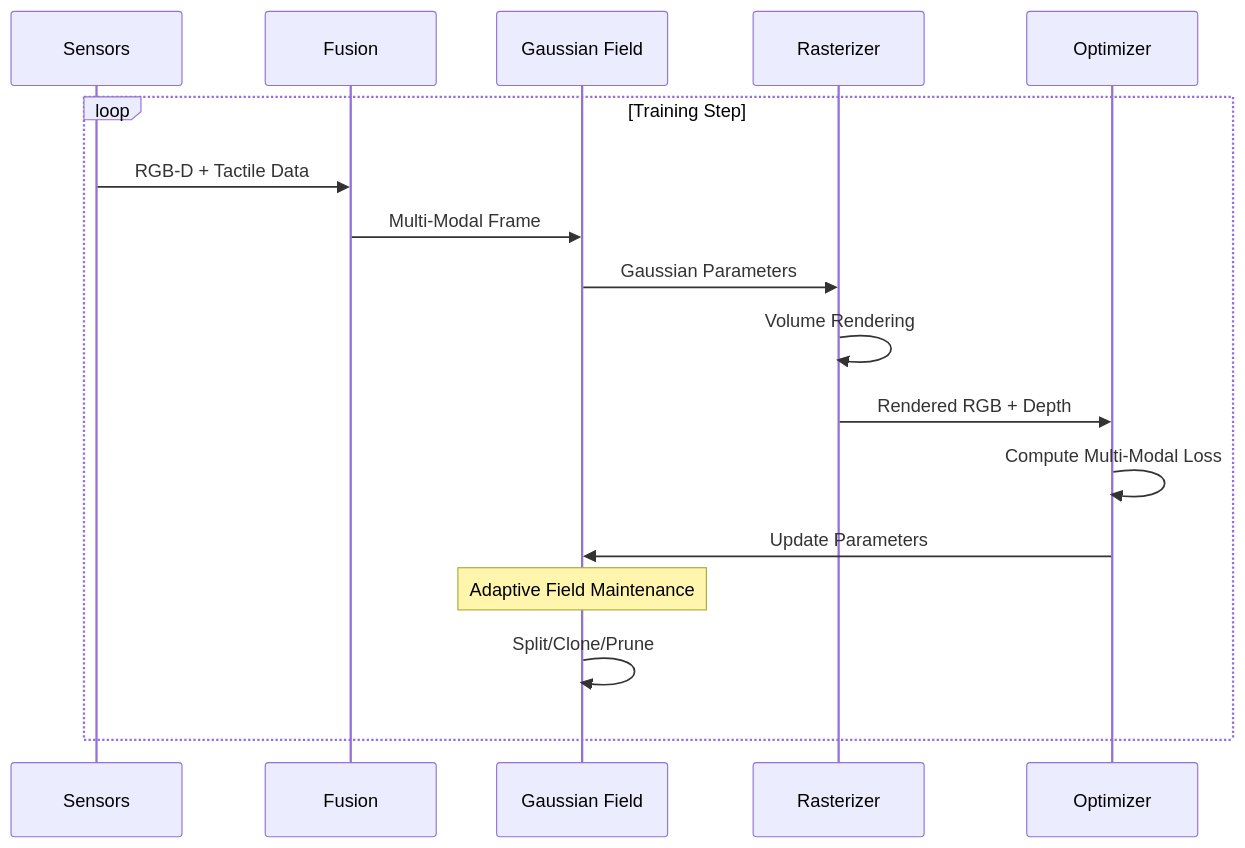
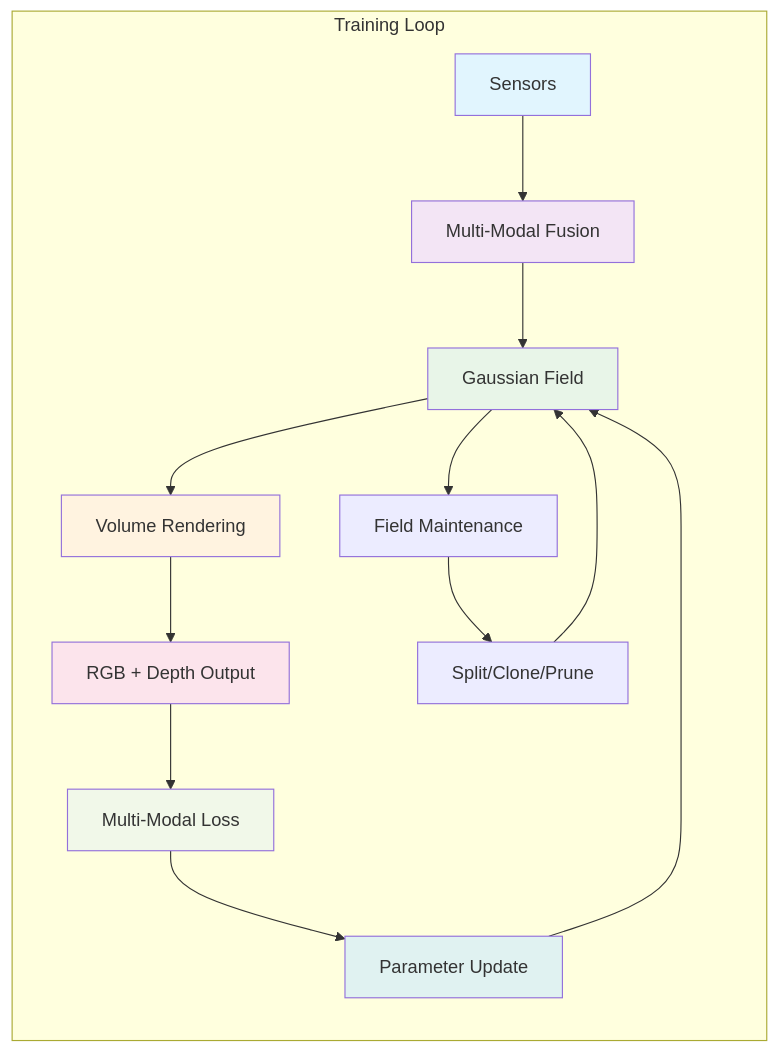
Before and after one commit to KrishiAttriSNU/gaussianfeels: the second of 2 diagrams in README.md, drawn with Mermaid. The commit also changed other lines of this file, not shown here.

````diff
--- a/README.md
+++ b/README.md
@@ -139,21 +139,24 @@
 ```mermaid
-sequenceDiagram
-    participant S as Sensors
-    participant F as Fusion
-    participant G as Gaussian Field  
-    participant R as Rasterizer
-    participant O as Optimizer
+flowchart LR
+    subgraph "Training Loop"
+        A[Sensors] --> B[Multi-Modal Fusion]
+        B --> C[Gaussian Field]
+        C --> D[Volume Rendering]
+        D --> E[RGB + Depth Output]
+        E --> F[Multi-Modal Loss]
+        F --> G[Parameter Update]
+        G --> C
+        
+        C --> H[Field Maintenance]
+        H --> I[Split/Clone/Prune]
+        I --> C
+    end
     
-    loop Training Step
-        S->>F: RGB-D + Tactile Data
-        F->>G: Multi-Modal Frame
-        G->>R: Gaussian Parameters
-        R->>R: Volume Rendering
-        R->>O: Rendered RGB + Depth
-        O->>O: Compute Multi-Modal Loss
-        O->>G: Update Parameters
-        
-        Note over G: Adaptive Field Maintenance
-        G->>G: Split/Clone/Prune
-    end
+    style A fill:#e1f5fe
+    style B fill:#f3e5f5
+    style C fill:#e8f5e8
+    style D fill:#fff3e0
+    style E fill:#fce4ec
+    style F fill:#f1f8e9
+    style G fill:#e0f2f1
 ```
````
